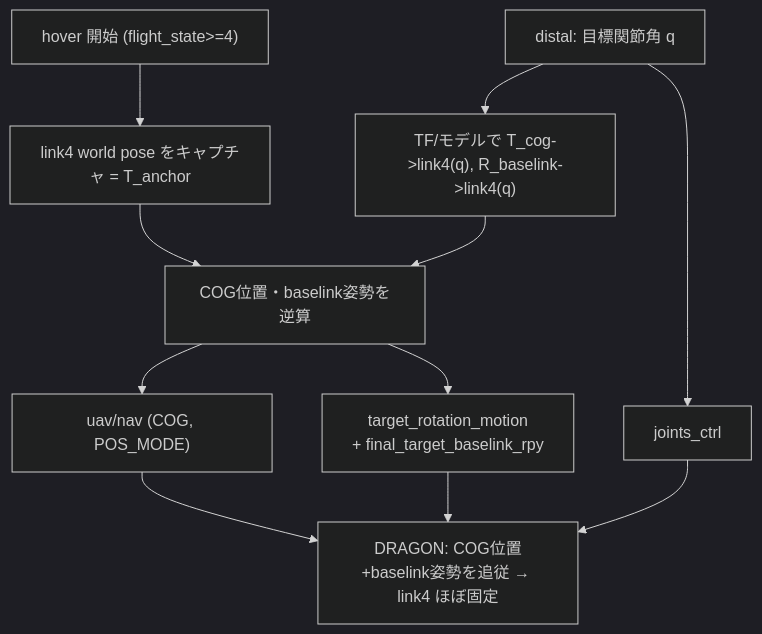
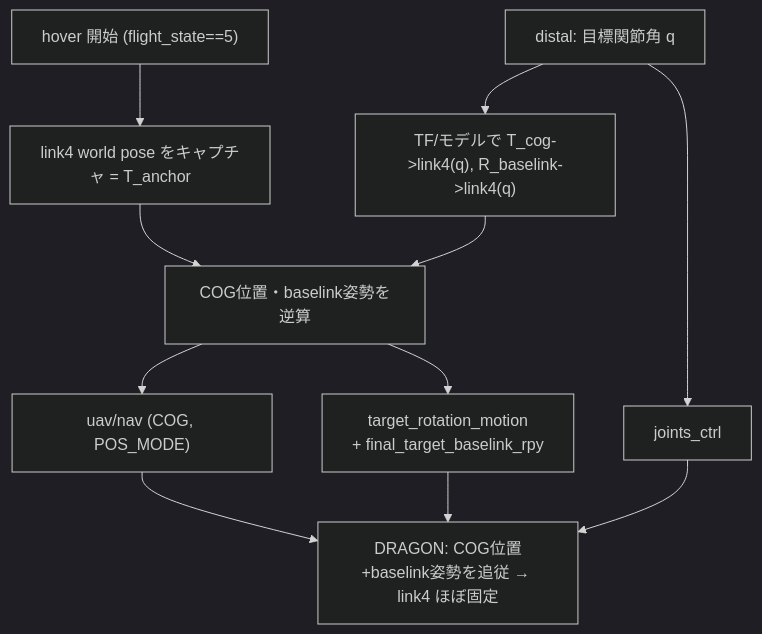
One commit to Tomoya-Oku/jsk_aerial_robot changed the diagram in robots/dracomancer/docs/link4_anchor.md. Above: the diagram before and after it, drawn with Mermaid (dark theme). The commit also changed other lines of this file and 4 other files, not shown here.

````diff
--- a/robots/dracomancer/docs/link4_anchor.md
+++ b/robots/dracomancer/docs/link4_anchor.md
@@ -60,13 +63,13 @@
 ```mermaid
 flowchart TD
-    H["hover 開始 (flight_state>=4)"] --> CAP["link4 world pose をキャプチャ = T_anchor"]
+    H["hover 開始 (flight_state==5)"] --> CAP["link4 world pose をキャプチャ = T_anchor"]
     Q["distal: 目標関節角 q"] --> FK["TF/モデルで T_cog->link4(q), R_baselink->link4(q)"]
     CAP --> COMP
     FK --> COMP["COG位置・baselink姿勢を逆算"]
     COMP --> NAV["uav/nav (COG, POS_MODE)"]
     COMP --> RPY["target_rotation_motion<br/>+ final_target_baselink_rpy"]
     Q --> JC["joints_ctrl"]
     NAV --> DRAGON
     RPY --> DRAGON
     JC --> DRAGON["DRAGON: COG位置+baselink姿勢を追従 → link4 ほぼ固定"]
 ```
````
